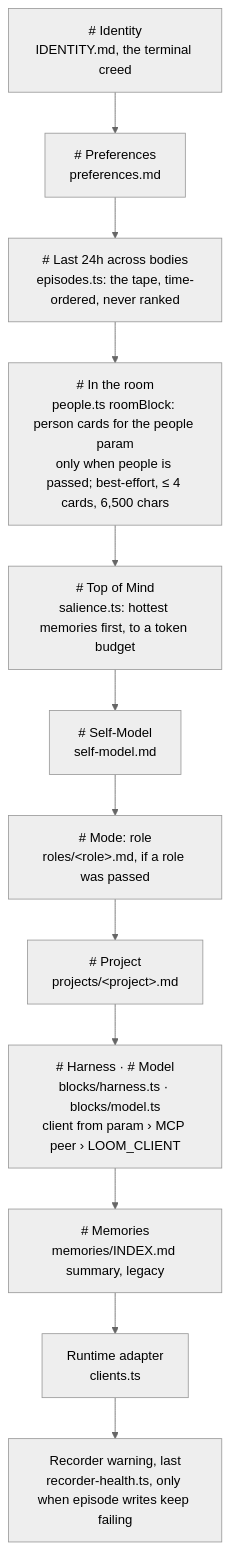
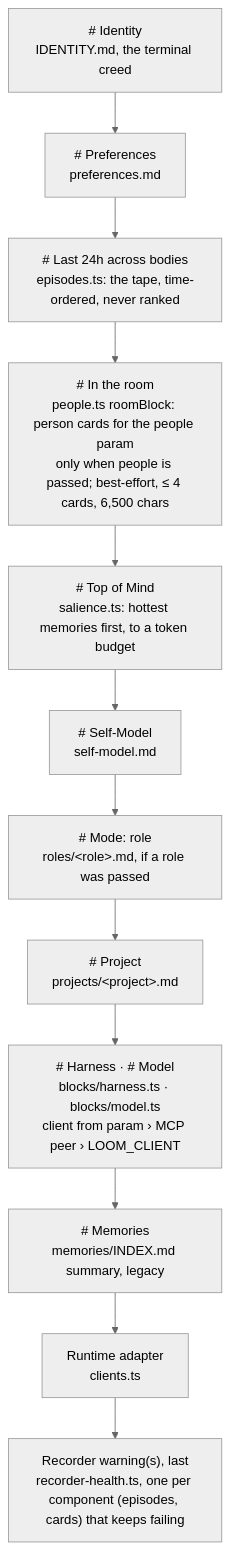
Before and after one commit to sleepunit-agents/loom: the second of 4 diagrams in docs/architecture.md, drawn with Mermaid (neutral theme). The commit also changed other lines of this file and 6 other files, not shown here.

First line of the commit message:
recorder-health: give each component its own failure ledger (t-1382)

````diff
--- a/docs/architecture.md
+++ b/docs/architecture.md
@@ -125,14 +125,14 @@
 ```mermaid
 flowchart TB
   A["# Identity<br/>IDENTITY.md, the terminal creed"] --> B["# Preferences<br/>preferences.md"]
   B --> C["# Last 24h across bodies<br/>episodes.ts: the tape, time-ordered, never ranked"]
   C --> R2["# In the room<br/>people.ts roomBlock: person cards for the people param<br/>only when people is passed; best-effort, ≤ 4 cards, 6,500 chars"]
   R2 --> D["# Top of Mind<br/>salience.ts: hottest memories first, to a token budget"]
   D --> E["# Self-Model<br/>self-model.md"]
   E --> F["# Mode: role<br/>roles/&lt;role&gt;.md, if a role was passed"]
   F --> G["# Project<br/>projects/&lt;project&gt;.md"]
   G --> H2["# Harness · # Model<br/>blocks/harness.ts · blocks/model.ts<br/>client from param › MCP peer › LOOM_CLIENT"]
   H2 --> I["# Memories<br/>memories/INDEX.md summary, legacy"]
   I --> J["Runtime adapter<br/>clients.ts"]
-  J --> K["Recorder warning, last<br/>recorder-health.ts, only when episode writes keep failing"]
+  J --> K["Recorder warning(s), last<br/>recorder-health.ts, one per component (episodes, cards) that keeps failing"]
 ```
````
